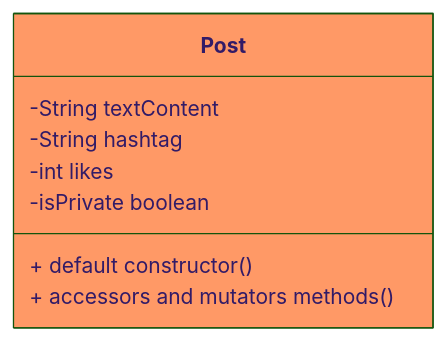
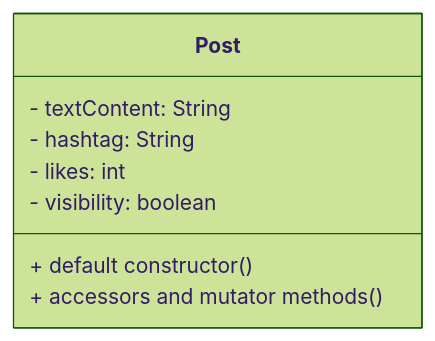
The first of 4 diagrams in content/Java/topics/04_post/_index.md (shhskibksib/isf-dp-cs.github.io), drawn with Mermaid (forest theme) before and after one commit. The commit also changed other lines of this file and 1 other file, not shown here.

```diff
--- a/content/Java/topics/04_post/_index.md
+++ b/content/Java/topics/04_post/_index.md
@@ -39,14 +39,13 @@
 {{< mermaid >}}
 
 classDiagram
-    class Post:::someclass {
-		-String textContent
-        -String hashtag
-    	-int likes
-        -isPrivate boolean
-        + default constructor ()
-        + accessors and mutators methods()
+    class Post {
+		- textContent: String
+        - hashtag: String 
+    	- likes: int 
+        - visibility: boolean
+        + default constructor()
+        + accessors and mutator methods  ()
     }
-    classDef someclass fill:#f96
 
 {{< /mermaid >}}
```
